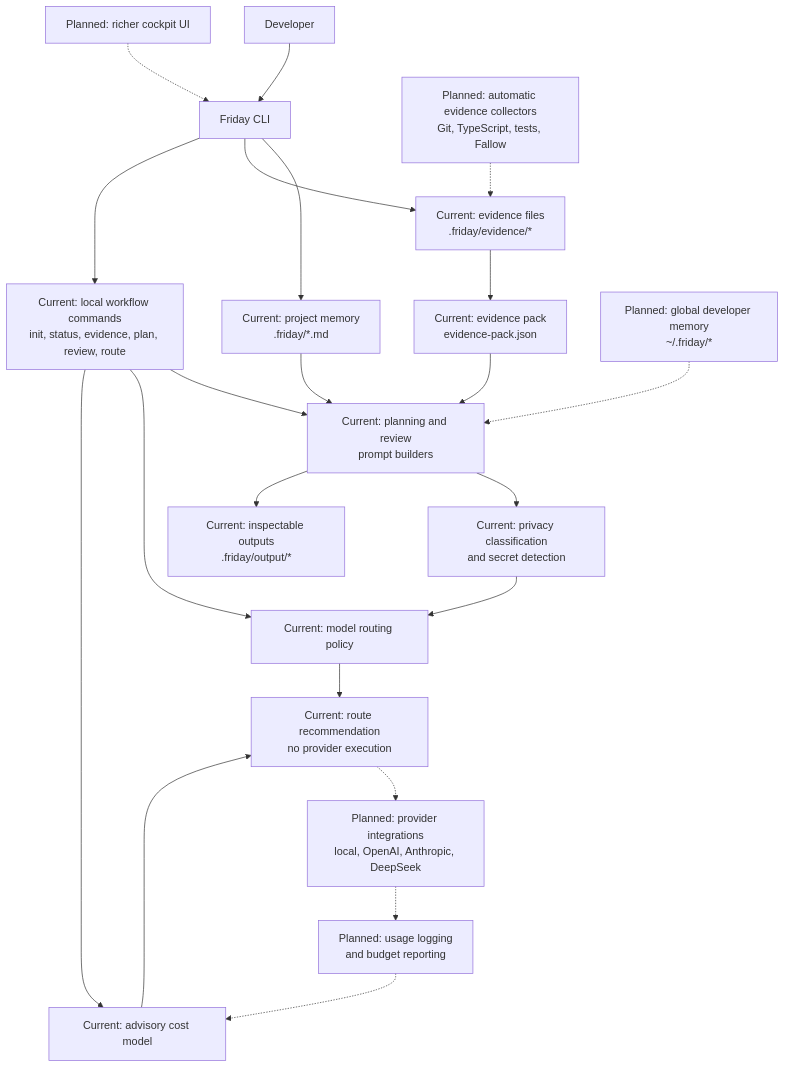
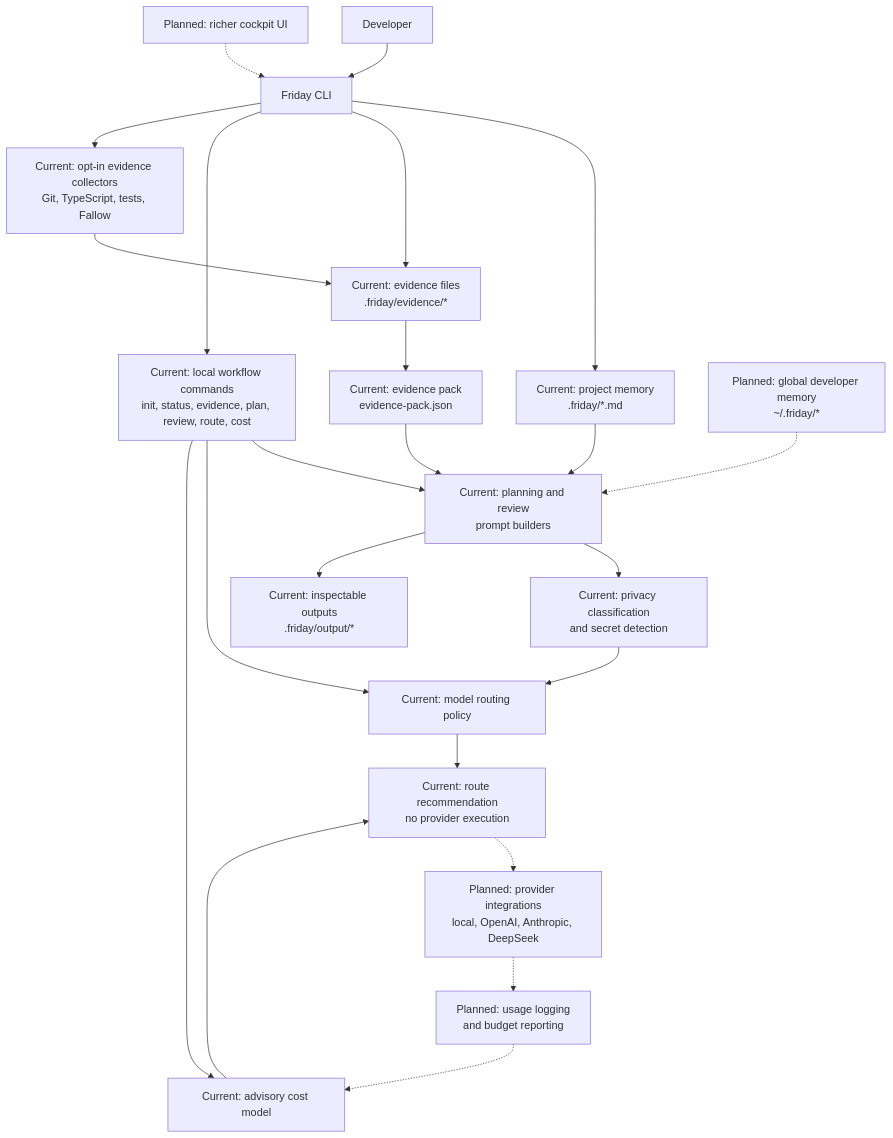
One commit to MikeBlakeway/friday changed the diagram in docs/architecture.md. Above: the diagram before and after it, drawn with Mermaid. The commit also changed other lines of this file and 12 other files, not shown here.

````diff
--- a/docs/architecture.md
+++ b/docs/architecture.md
@@ -13,29 +13,30 @@
 ```mermaid
 flowchart TD
   Developer[Developer] --> CLI[Friday CLI]
 
   CLI --> CurrentProjectMemory[Current: project memory<br/>.friday/*.md]
   CLI --> CurrentEvidence[Current: evidence files<br/>.friday/evidence/*]
-  CLI --> CurrentCommands[Current: local workflow commands<br/>init, status, evidence, plan, review, route]
+  CLI --> CurrentCommands[Current: local workflow commands<br/>init, status, evidence, plan, review, route, cost]
 
   CurrentProjectMemory --> PromptBuilders[Current: planning and review<br/>prompt builders]
   CurrentEvidence --> EvidencePack[Current: evidence pack<br/>evidence-pack.json]
   EvidencePack --> PromptBuilders
   CurrentCommands --> PromptBuilders
 
   PromptBuilders --> PrivacySafety[Current: privacy classification<br/>and secret detection]
   CurrentCommands --> RoutePolicy[Current: model routing policy]
   CurrentCommands --> CostModel[Current: advisory cost model]
 
   PrivacySafety --> RoutePolicy
   RoutePolicy --> Recommendation[Current: route recommendation<br/>no provider execution]
   CostModel --> Recommendation
   PromptBuilders --> LocalOutputs[Current: inspectable outputs<br/>.friday/output/*]
 
   PlannedGlobalMemory[Planned: global developer memory<br/>~/.friday/*] -.-> PromptBuilders
-  PlannedCollectors[Planned: automatic evidence collectors<br/>Git, TypeScript, tests, Fallow] -.-> CurrentEvidence
+  CLI --> CurrentCollectors[Current: opt-in evidence collectors<br/>Git, TypeScript, tests, Fallow]
+  CurrentCollectors --> CurrentEvidence
   Recommendation -.-> PlannedProviders[Planned: provider integrations<br/>local, OpenAI, Anthropic, DeepSeek]
   PlannedProviders -.-> PlannedUsage[Planned: usage logging<br/>and budget reporting]
   PlannedUsage -.-> CostModel
   PlannedCockpit[Planned: richer cockpit UI] -.-> CLI
 ```
````
